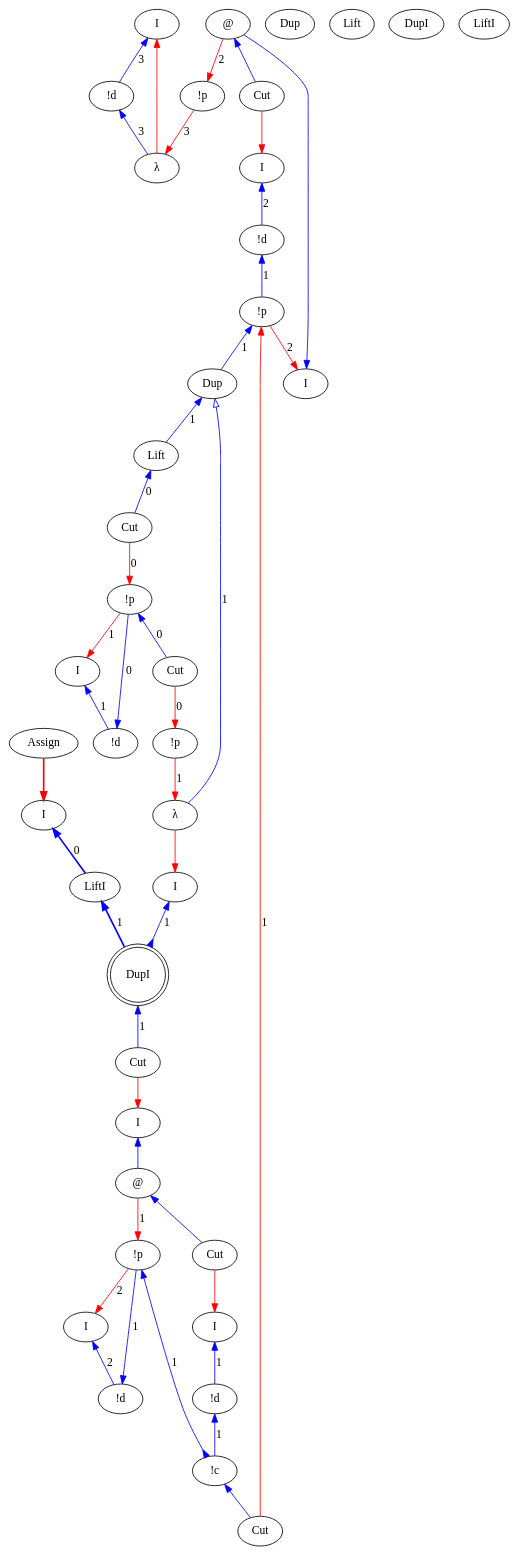
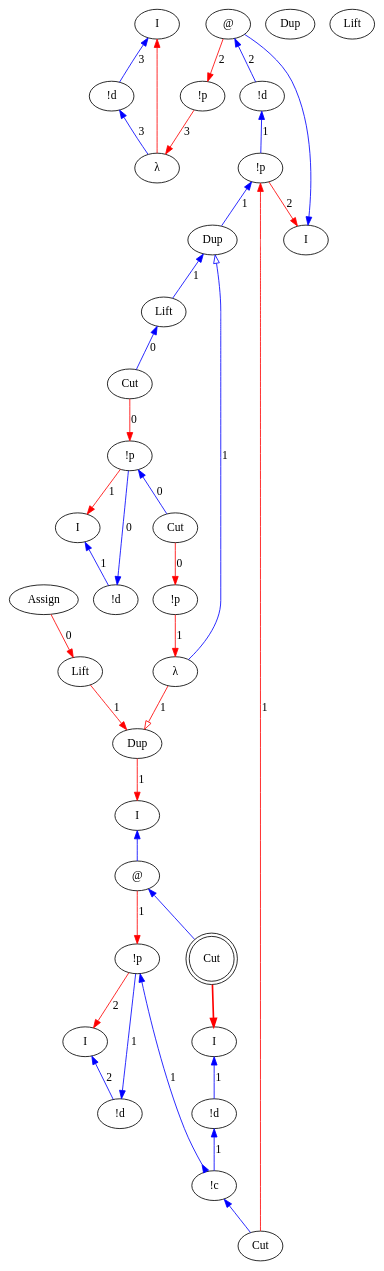
The diagram in src/core/graphs/example_m_14_l.dot (Mathnerd314/stroscot), drawn with Graphviz before and after one commit. The commit also changed 37 other files, not shown here.

```diff
--- a/src/core/graphs/example_m_14_l.dot
+++ b/src/core/graphs/example_m_14_l.dot
@@ -1,83 +1,71 @@
 digraph {
 rankdir="TB"
 "I0" [label="I"]
 "!d1" [label="!d"]
 "λ2" [label="λ"]
 "!p3" [label="!p"]
 "I4" [label="I"]
 "@5" [label="@"]
-"I6" [label="I"]
-"!d7" [label="!d"]
-"Cut8" [label="Cut"]
-"!p9" [label="!p"]
-"I10" [label="I"]
-"!d11" [label="!d"]
-"!p12" [label="!p"]
+"!d6" [label="!d"]
+"!p7" [label="!p"]
+"I8" [label="I"]
+"!d9" [label="!d"]
+"!p10" [label="!p"]
+"I11" [label="I"]
+"@12" [label="@"]
 "I13" [label="I"]
-"@14" [label="@"]
-"I15" [label="I"]
-"!d16" [label="!d"]
-"Cut17" [label="Cut"]
-"!c18" [label="!c"]
-"I19" [label="I"]
-"!d20" [label="!d"]
-"!p21" [label="!p"]
-"Assign22" [label="Assign"]
+"!d14" [label="!d"]
+"Cut15" [label="Cut",shape=doublecircle]
+"!c16" [label="!c"]
+"I17" [label="I"]
+"!d18" [label="!d"]
+"!p19" [label="!p"]
+"Assign20" [label="Assign"]
+"Cut21" [label="Cut"]
+"!p22" [label="!p"]
 "Cut23" [label="Cut"]
-"Cut24" [label="Cut"]
-"!p25" [label="!p"]
-"Cut26" [label="Cut"]
-"λ27" [label="λ"]
-"Dup28" [label="Dup"]
-"Dup29" [label="Dup"]
+"λ24" [label="λ"]
+"Dup25" [label="Dup"]
+"Dup26" [label="Dup"]
+"Dup27" [label="Dup"]
+"Lift28" [label="Lift"]
+"Lift29" [label="Lift"]
 "Lift30" [label="Lift"]
-"Lift31" [label="Lift"]
-"Cut32" [label="Cut"]
-"I33" [label="I"]
-"DupI34" [label="DupI"]
-"DupI35" [label="DupI",shape=doublecircle]
-"I36" [label="I"]
-"LiftI37" [label="LiftI"]
-"LiftI38" [label="LiftI"]
-"Dup29" -> "Lift31"[color=blue,weight=1,tooltip="h101",label="1",arrowtail=normal,arrowhead=none,dir=both]
-"Dup29" -> "λ27"[color=blue,weight=1,tooltip="h105",label="1",arrowtail=onormal,arrowhead=none,dir=both]
-"Lift31" -> "Cut32"[color=blue,weight=1,tooltip="h109",label="0",arrowtail=normal,arrowhead=none,dir=both]
-"!p9" -> "Dup29"[color=blue,weight=1,tooltip="h34",label="1",arrowtail=normal,arrowhead=none,dir=both]
-"!d7" -> "!p9"[color=blue,weight=1,tooltip="hf65",label="1",arrowtail=normal,arrowhead=none,dir=both]
-"I6" -> "!d7"[color=blue,weight=1,tooltip="hret73",label="2",arrowtail=normal,arrowhead=none,dir=both]
+"Cut31" [label="Cut"]
+"Dup26" -> "Lift29"[color=blue,weight=1,tooltip="h101",label="1",arrowtail=normal,arrowhead=none,dir=both]
+"Dup26" -> "λ24"[color=blue,weight=1,tooltip="h105",label="1",arrowtail=onormal,arrowhead=none,dir=both]
+"Lift29" -> "Cut31"[color=blue,weight=1,tooltip="h109",label="0",arrowtail=normal,arrowhead=none,dir=both]
+"!p7" -> "Dup26"[color=blue,weight=1,tooltip="h34",label="1",arrowtail=normal,arrowhead=none,dir=both]
+"!d6" -> "!p7"[color=blue,weight=1,tooltip="hf65",label="1",arrowtail=normal,arrowhead=none,dir=both]
 "!d1" -> "λ2"[color=blue,weight=1,tooltip="i81",label="3",arrowtail=normal,arrowhead=none,dir=both]
 "I0" -> "!d1"[color=blue,weight=1,tooltip="iret84",label="3",arrowtail=normal,arrowhead=none,dir=both]
-"LiftI38" -> "DupI35"[color=blue,weight=1,tooltip="lret114",label="1",arrowtail=normal,arrowhead=none,penwidth=2,dir=both]
-"I33" -> "DupI35"[color=blue,weight=1,tooltip="lret116",label="1",arrowtail=normal,arrowhead=inv,dir=both]
-"I36" -> "LiftI38"[color=blue,weight=1,tooltip="lret118",label="0",arrowtail=normal,arrowhead=none,penwidth=2,dir=both]
-"I13" -> "@14"[color=blue,weight=1,tooltip="lret53",arrowtail=normal,arrowhead=none,dir=both]
-"DupI35" -> "Cut24"[color=blue,weight=1,tooltip="lret62",label="1",arrowtail=normal,arrowhead=none,dir=both]
+"I11" -> "@12"[color=blue,weight=1,tooltip="lret53",arrowtail=normal,arrowhead=none,dir=both]
 "I4" -> "@5"[color=blue,weight=1,tooltip="lret75",arrowtail=normal,arrowhead=none,dir=both]
-"@14" -> "Cut17"[color=blue,weight=1,tooltip="lval48",arrowtail=normal,arrowhead=none,dir=both]
-"@5" -> "Cut8"[color=blue,weight=1,tooltip="lval70",arrowtail=normal,arrowhead=none,dir=both]
-"Cut32" -> "!p21"[color=red,weight=2,tooltip="newrret18",label="0",arrowhead=normal,arrowtail=none,dir=both]
-"@14" -> "!p12"[color=red,weight=2,tooltip="newrret52",label="1",arrowhead=normal,arrowtail=none,dir=both]
-"Cut23" -> "!p9"[color=red,weight=2,tooltip="newrret61",label="1",arrowhead=normal,arrowtail=none,dir=both]
+"@12" -> "Cut15"[color=blue,weight=1,tooltip="lval48",arrowtail=normal,arrowhead=none,dir=both]
+"@5" -> "!d6"[color=blue,weight=1,tooltip="lval70",label="2",arrowtail=normal,arrowhead=none,dir=both]
+"Cut31" -> "!p19"[color=red,weight=2,tooltip="newrret18",label="0",arrowhead=normal,arrowtail=none,dir=both]
+"@12" -> "!p10"[color=red,weight=2,tooltip="newrret52",label="1",arrowhead=normal,arrowtail=none,dir=both]
+"Cut21" -> "!p7"[color=red,weight=2,tooltip="newrret61",label="1",arrowhead=normal,arrowtail=none,dir=both]
 "@5" -> "!p3"[color=red,weight=2,tooltip="newrret74",label="2",arrowhead=normal,arrowtail=none,dir=both]
-"Cut26" -> "!p25"[color=red,weight=2,tooltip="newrret94",label="0",arrowhead=normal,arrowtail=none,dir=both]
-"!p21" -> "I19"[color=red,weight=2,tooltip="newrretf23",label="1",arrowhead=normal,arrowtail=none,dir=both]
-"!p12" -> "I10"[color=red,weight=2,tooltip="newrretf57",label="2",arrowhead=normal,arrowtail=none,dir=both]
-"!p9" -> "I4"[color=red,weight=2,tooltip="newrretf66",label="2",arrowhead=normal,arrowtail=none,dir=both]
+"Cut23" -> "!p22"[color=red,weight=2,tooltip="newrret94",label="0",arrowhead=normal,arrowtail=none,dir=both]
+"!p19" -> "I17"[color=red,weight=2,tooltip="newrretf23",label="1",arrowhead=normal,arrowtail=none,dir=both]
+"!p10" -> "I8"[color=red,weight=2,tooltip="newrretf57",label="2",arrowhead=normal,arrowtail=none,dir=both]
+"!p7" -> "I4"[color=red,weight=2,tooltip="newrretf66",label="2",arrowhead=normal,arrowtail=none,dir=both]
 "!p3" -> "λ2"[color=red,weight=2,tooltip="newrretf78",label="3",arrowhead=normal,arrowtail=none,dir=both]
-"!p25" -> "λ27"[color=red,weight=2,tooltip="newrretf92",label="1",arrowhead=normal,arrowtail=none,dir=both]
-"λ27" -> "I33"[color=red,weight=2,tooltip="ret106",arrowhead=normal,arrowtail=none,dir=both]
-"Assign22" -> "I36"[color=red,weight=2,tooltip="ret110",arrowhead=normal,arrowtail=none,penwidth=2,dir=both]
-"Cut24" -> "I13"[color=red,weight=2,tooltip="ret42",arrowhead=normal,arrowtail=none,dir=both]
+"!p22" -> "λ24"[color=red,weight=2,tooltip="newrretf92",label="1",arrowhead=normal,arrowtail=none,dir=both]
+"Lift30" -> "Dup27"[color=red,weight=2,tooltip="ret102",label="1",arrowhead=normal,arrowtail=none,dir=both]
+"λ24" -> "Dup27"[color=red,weight=2,tooltip="ret106",label="1",arrowhead=onormal,arrowtail=none,dir=both]
+"Assign20" -> "Lift30"[color=red,weight=2,tooltip="ret110",label="0",arrowhead=normal,arrowtail=none,dir=both]
+"Dup27" -> "I11"[color=red,weight=2,tooltip="ret42",label="1",arrowhead=normal,arrowtail=none,dir=both]
 "λ2" -> "I0"[color=red,weight=2,tooltip="ret82",arrowhead=normal,arrowtail=none,dir=both]
-"Cut17" -> "I15"[color=red,weight=2,tooltip="rval49",arrowhead=normal,arrowtail=none,dir=both]
-"Cut8" -> "I6"[color=red,weight=2,tooltip="rval71",arrowhead=normal,arrowtail=none,dir=both]
-"!p21" -> "Cut26"[color=blue,weight=1,tooltip="xB10",label="0",arrowtail=normal,arrowhead=none,dir=both]
-"!d20" -> "!p21"[color=blue,weight=1,tooltip="xBf22",label="0",arrowtail=normal,arrowhead=none,dir=both]
-"I19" -> "!d20"[color=blue,weight=1,tooltip="xret26",label="1",arrowtail=normal,arrowhead=none,dir=both]
-"!c18" -> "Cut23"[color=blue,weight=1,tooltip="y41",arrowtail=normal,arrowhead=none,dir=both]
-"!d16" -> "!c18"[color=blue,weight=1,tooltip="yA43",label="1",arrowtail=normal,arrowhead=none,dir=both]
-"!p12" -> "!c18"[color=blue,weight=1,tooltip="yB44",label="1",arrowtail=normal,arrowhead=inv,dir=both]
-"!d11" -> "!p12"[color=blue,weight=1,tooltip="yBf56",label="1",arrowtail=normal,arrowhead=none,dir=both]
-"I15" -> "!d16"[color=blue,weight=1,tooltip="yret51",label="1",arrowtail=normal,arrowhead=none,dir=both]
-"I10" -> "!d11"[color=blue,weight=1,tooltip="yret60",label="2",arrowtail=normal,arrowhead=none,dir=both]
+"Cut15" -> "I13"[color=red,weight=2,tooltip="rval49",arrowhead=normal,arrowtail=none,penwidth=2,dir=both]
+"!p19" -> "Cut23"[color=blue,weight=1,tooltip="xB10",label="0",arrowtail=normal,arrowhead=none,dir=both]
+"!d18" -> "!p19"[color=blue,weight=1,tooltip="xBf22",label="0",arrowtail=normal,arrowhead=none,dir=both]
+"I17" -> "!d18"[color=blue,weight=1,tooltip="xret26",label="1",arrowtail=normal,arrowhead=none,dir=both]
+"!c16" -> "Cut21"[color=blue,weight=1,tooltip="y41",arrowtail=normal,arrowhead=none,dir=both]
+"!d14" -> "!c16"[color=blue,weight=1,tooltip="yA43",label="1",arrowtail=normal,arrowhead=none,dir=both]
+"!p10" -> "!c16"[color=blue,weight=1,tooltip="yB44",label="1",arrowtail=normal,arrowhead=inv,dir=both]
+"!d9" -> "!p10"[color=blue,weight=1,tooltip="yBf56",label="1",arrowtail=normal,arrowhead=none,dir=both]
+"I13" -> "!d14"[color=blue,weight=1,tooltip="yret51",label="1",arrowtail=normal,arrowhead=none,dir=both]
+"I8" -> "!d9"[color=blue,weight=1,tooltip="yret60",label="2",arrowtail=normal,arrowhead=none,dir=both]
 }
```
